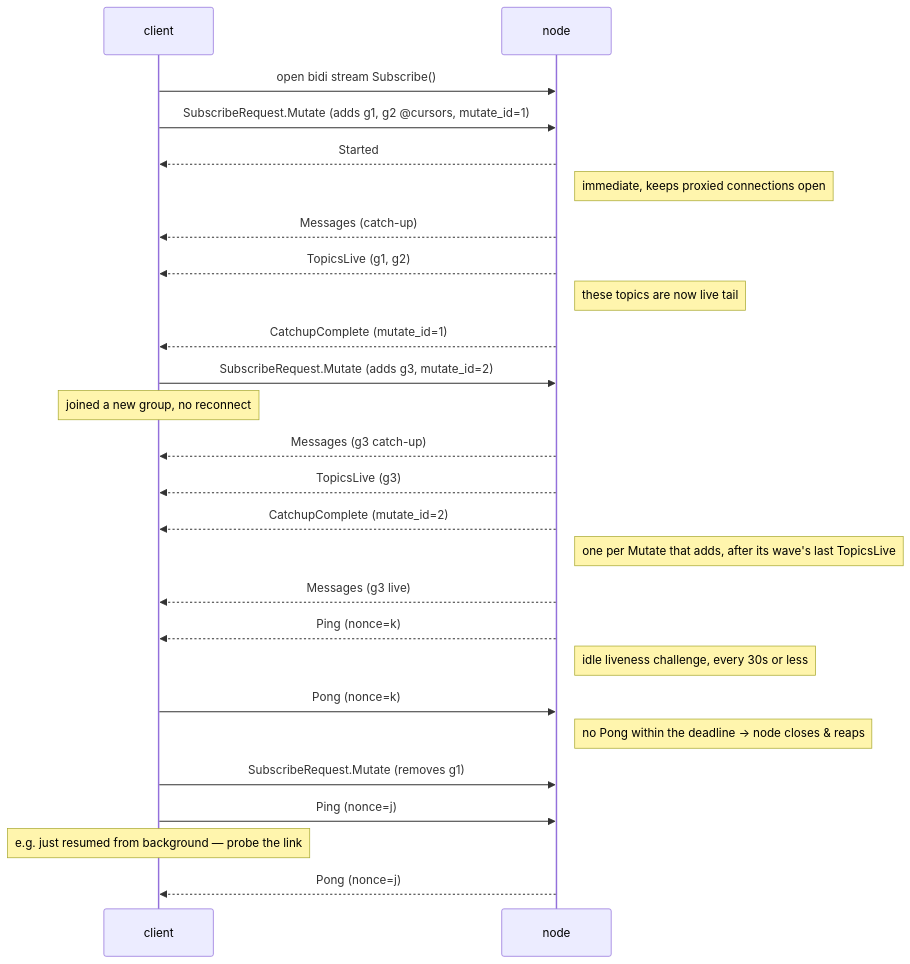
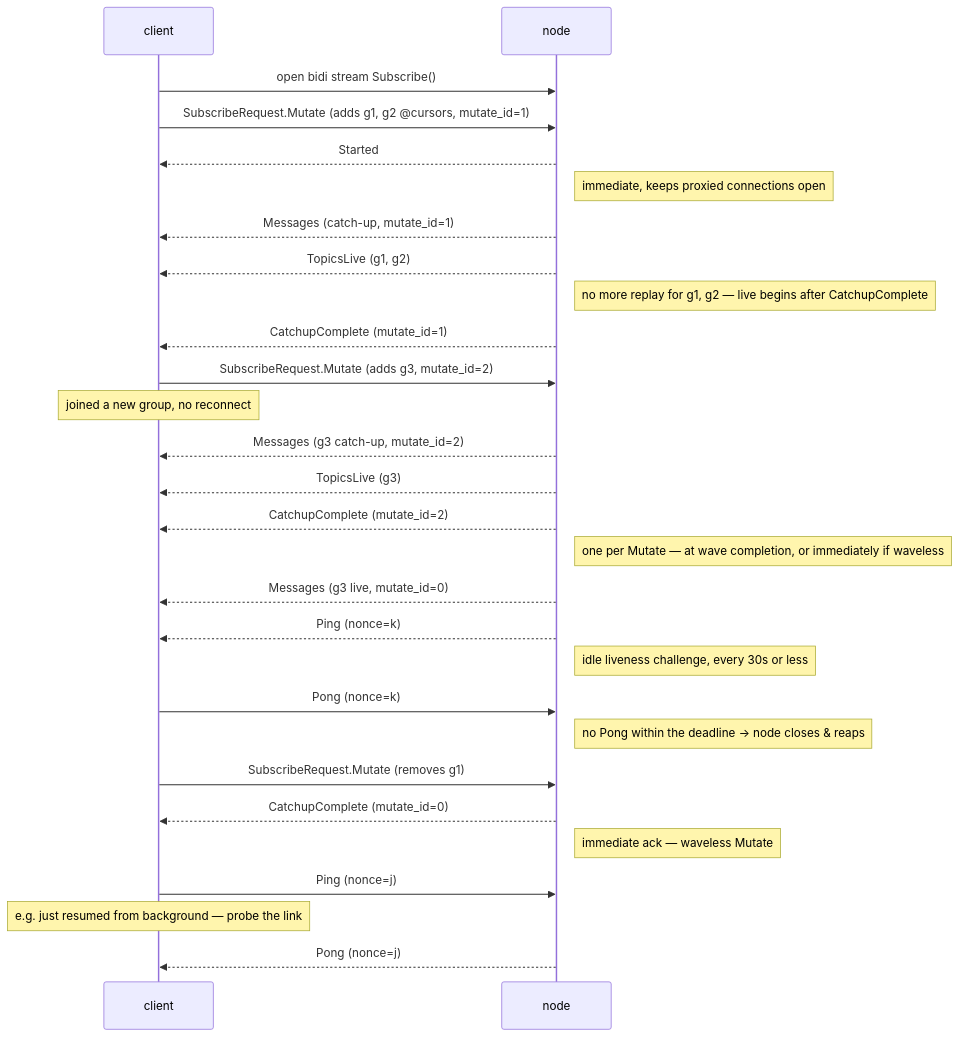
One commit to xmtp/XIPs changed the second of 3 diagrams in XIPs/xip-83-mutable-subscription-streams.md. Above: the diagram before and after it, drawn with Mermaid. The commit also changed other lines of this file, not shown here.

````diff
--- a/XIPs/xip-83-mutable-subscription-streams.md
+++ b/XIPs/xip-83-mutable-subscription-streams.md
@@ -103,29 +105,31 @@
 ```mermaid
 sequenceDiagram
     participant C as client
     participant N as node
 
     C->>N: open bidi stream Subscribe()
     C->>N: SubscribeRequest.Mutate (adds g1, g2 @cursors, mutate_id=1)
     N-->>C: Started
     Note right of N: immediate, keeps proxied connections open
-    N-->>C: Messages (catch-up)
+    N-->>C: Messages (catch-up, mutate_id=1)
     N-->>C: TopicsLive (g1, g2)
-    Note right of N: these topics are now live tail
+    Note right of N: no more replay for g1, g2 — live begins after CatchupComplete
     N-->>C: CatchupComplete (mutate_id=1)
     C->>N: SubscribeRequest.Mutate (adds g3, mutate_id=2)
     Note over C: joined a new group, no reconnect
-    N-->>C: Messages (g3 catch-up)
+    N-->>C: Messages (g3 catch-up, mutate_id=2)
     N-->>C: TopicsLive (g3)
     N-->>C: CatchupComplete (mutate_id=2)
-    Note right of N: one per Mutate that adds, after its wave's last TopicsLive
-    N-->>C: Messages (g3 live)
+    Note right of N: one per Mutate — at wave completion, or immediately if waveless
+    N-->>C: Messages (g3 live, mutate_id=0)
     N-->>C: Ping (nonce=k)
     Note right of N: idle liveness challenge, every 30s or less
     C->>N: Pong (nonce=k)
     Note right of N: no Pong within the deadline → node closes & reaps
     C->>N: SubscribeRequest.Mutate (removes g1)
+    N-->>C: CatchupComplete (mutate_id=0)
+    Note right of N: immediate ack — waveless Mutate
     C->>N: Ping (nonce=j)
     Note over C: e.g. just resumed from background — probe the link
     N-->>C: Pong (nonce=j)
 ```
````
